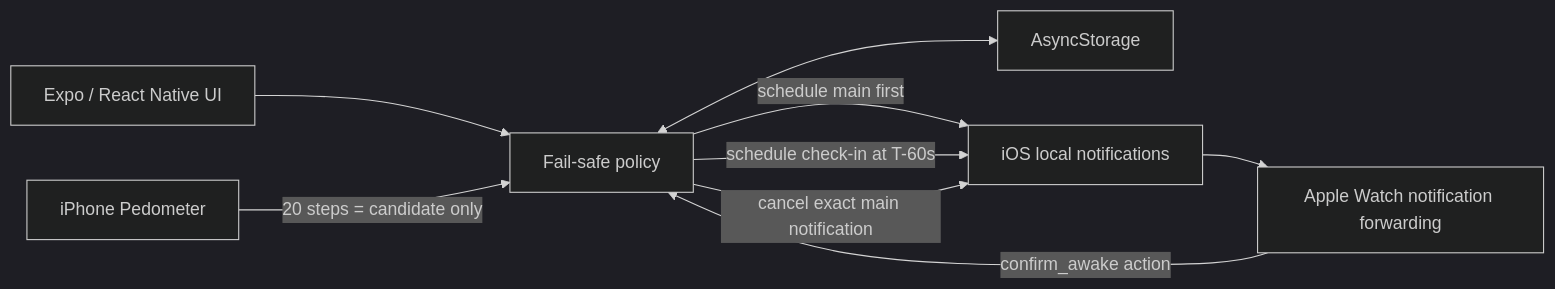
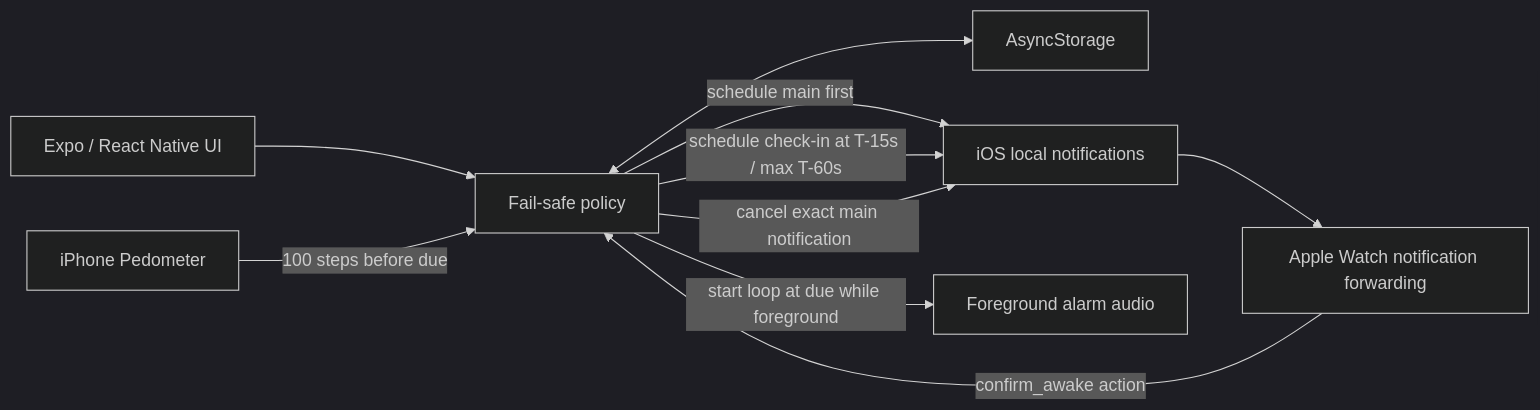
Before and after one commit to Saber5656/NotAlarm: the first of 2 diagrams in docs/DESIGN.md, drawn with Mermaid (dark theme). The commit also changed other lines of this file and 15 other files, not shown here.

First line of the commit message:
feat(alarm): add audible timed wake-up flow

````diff
--- a/docs/DESIGN.md
+++ b/docs/DESIGN.md
@@ -52,18 +54,20 @@
 ```mermaid
 flowchart LR
     UI["Expo / React Native UI"]
     Policy["Fail-safe policy"]
     Store["AsyncStorage"]
     Ped["iPhone Pedometer"]
     IOS["iOS local notifications"]
     Watch["Apple Watch notification forwarding"]
 
     UI --> Policy
     Policy <--> Store
-    Ped -->|"20 steps = candidate only"| Policy
+    Audio["Foreground alarm audio"]
+    Ped -->|"100 steps before due"| Policy
     Policy -->|"schedule main first"| IOS
-    Policy -->|"schedule check-in at T-60s"| IOS
+    Policy -->|"schedule check-in at T-15s / max T-60s"| IOS
+    Policy -->|"start loop at due while foreground"| Audio
     IOS --> Watch
     Watch -->|"confirm_awake action"| Policy
     Policy -->|"cancel exact main notification"| IOS
 ```
````
